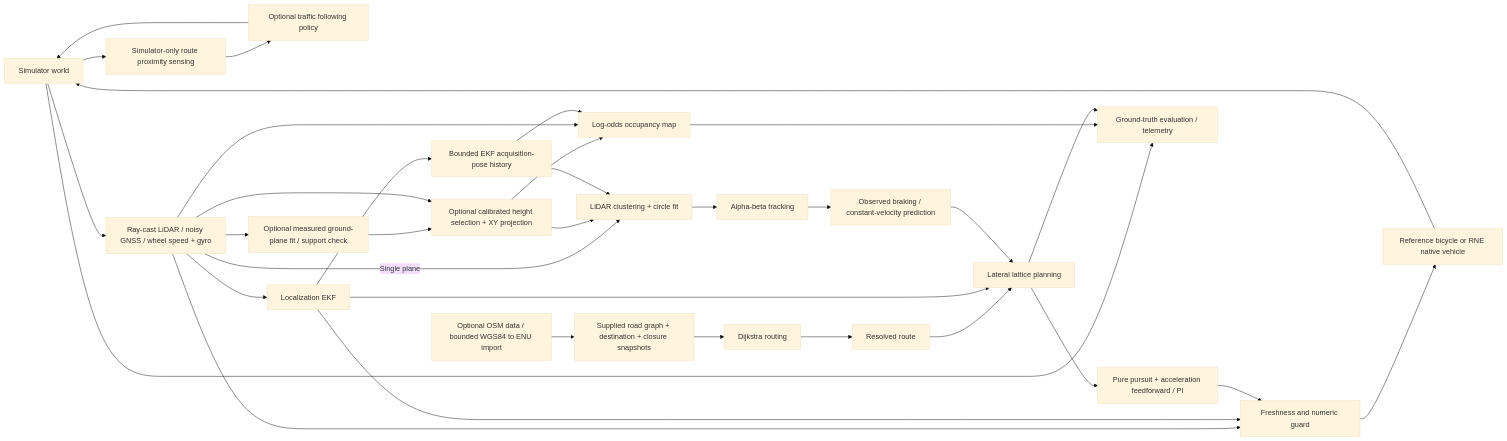
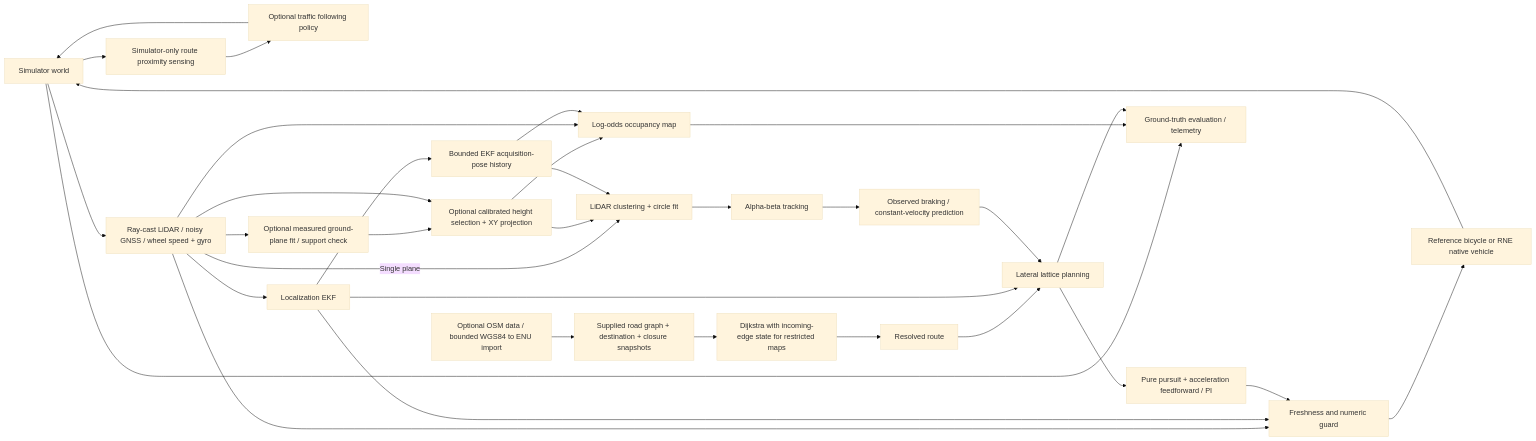
Before and after one commit to rsasaki0109/rust_drive: the diagram in docs/architecture.md, drawn with Mermaid (base theme). The commit also changed other lines of this file and 45 other files, not shown here.

Commit message:
Add Japanese intersection hero and restricted-turn routing (#5)

````diff
--- a/docs/architecture.md
+++ b/docs/architecture.md
@@ -9,35 +9,35 @@
 ```mermaid
 flowchart LR
   W[Simulator world] --> S[Ray-cast LiDAR / noisy GNSS / wheel speed + gyro]
   W --> AS[Simulator-only route proximity sensing]
   AS --> AC[Optional traffic following policy]
   AC --> W
   S --> L[Localization EKF]
   S -->|Single plane| P[LiDAR clustering + circle fit]
   S --> GP[Optional measured ground-plane fit / support check]
   GP --> HP[Optional calibrated height selection + XY projection]
   S --> HP
   HP --> P
   HP --> M
   L --> H[Bounded EKF acquisition-pose history]
   H --> P
   P --> T[Alpha-beta tracking]
   T --> F[Observed braking / constant-velocity prediction]
   S --> M[Log-odds occupancy map]
   H --> M
   O[Optional OSM data / bounded WGS84 to ENU import] --> N[Supplied road graph + destination + closure snapshots]
-  N --> D[Dijkstra routing]
+  N --> D[Dijkstra with incoming-edge state for restricted maps]
   D --> R[Resolved route]
   R --> A[Lateral lattice planning]
   L --> A
   F --> A
   A --> C[Pure pursuit + acceleration feedforward / PI]
   S --> G[Freshness and numeric guard]
   L --> G
   C --> G
   G --> B[Reference bicycle or RNE native vehicle]
   B --> W
   W --> E[Ground-truth evaluation / telemetry]
   M --> E
   A --> E
 ```
````
